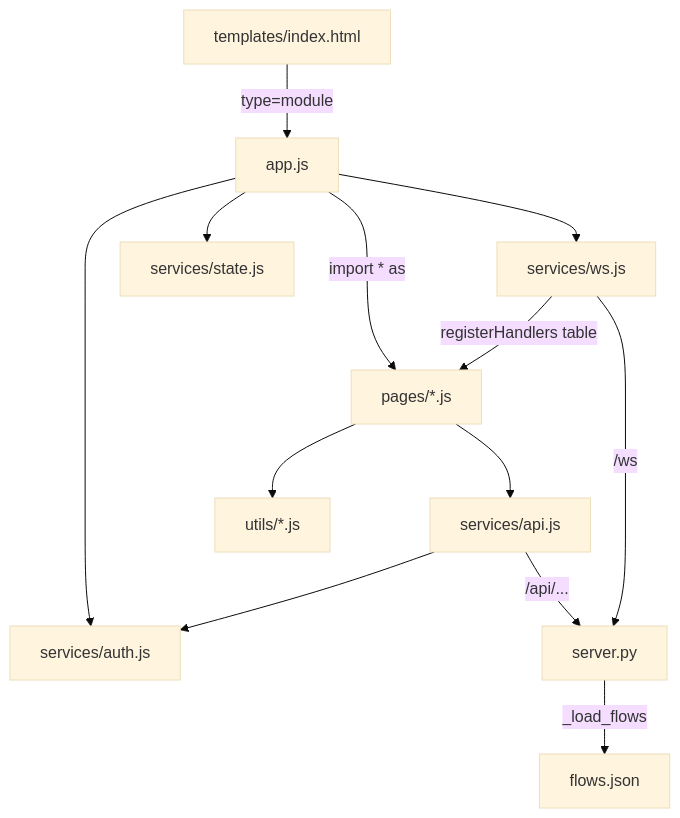
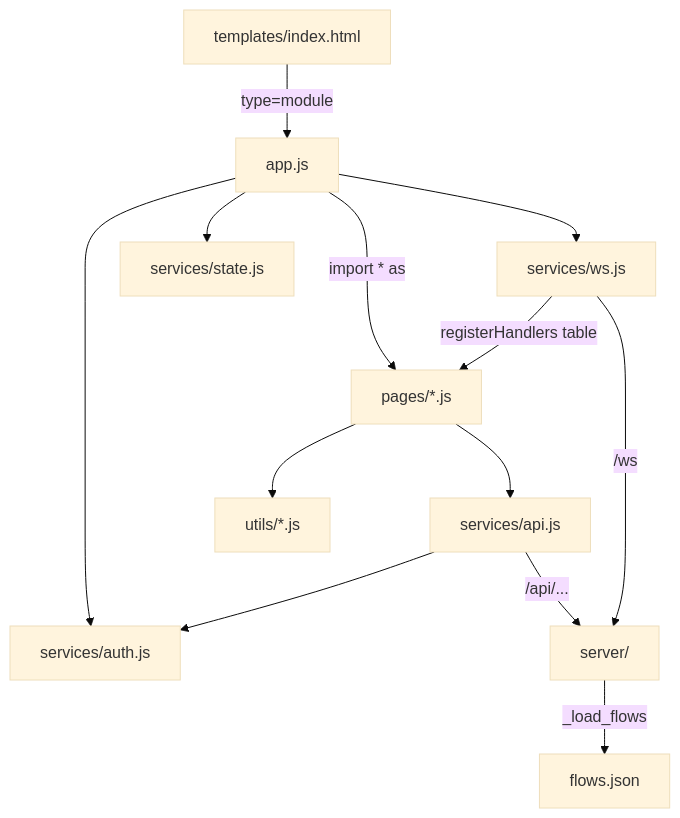
Before and after one commit to NikolasMarkou/fsm_llm: the diagram in src/fsm_llm/monitor/static/AGENTS.md, drawn with Mermaid (base theme). The commit also changed other lines of this file and 39 other files, not shown here.

````diff
--- a/src/fsm_llm/monitor/static/AGENTS.md
+++ b/src/fsm_llm/monitor/static/AGENTS.md
@@ -12,15 +12,15 @@
 ```mermaid
 flowchart TD
     Index[templates/index.html] -->|type=module| App[app.js]
     App -->|import * as| Pages[pages/*.js]
     App --> WS[services/ws.js]
     App --> State[services/state.js]
     App --> Auth[services/auth.js]
     Pages --> API[services/api.js]
     Pages --> Utils[utils/*.js]
     API --> Auth
     WS -->|registerHandlers table| Pages
-    API -->|/api/...| Server[server.py]
+    API -->|/api/...| Server[server/]
     WS -->|/ws| Server
     Server -->|_load_flows| Flows[flows.json]
 ```
````
